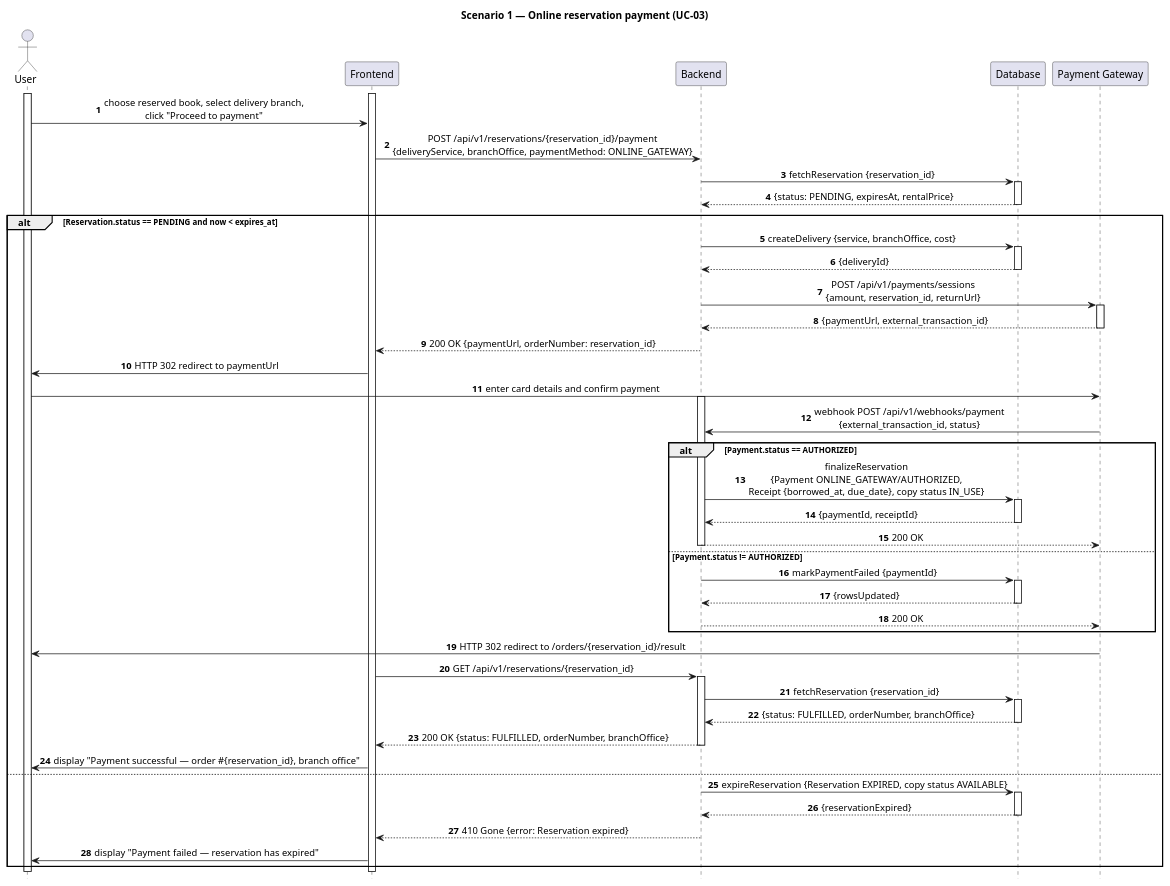
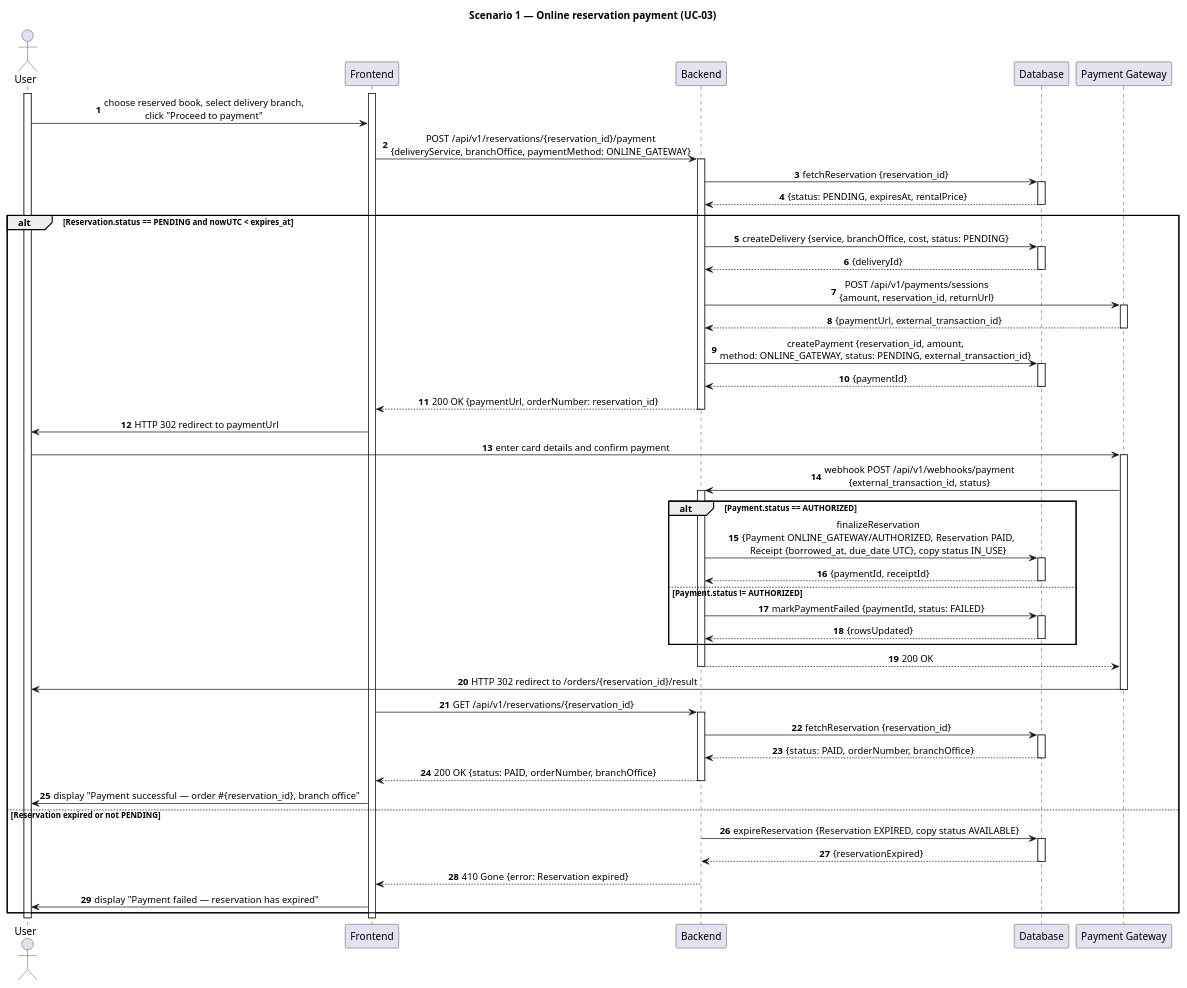
The diagram in Lab3/artifacts/scenario-1.puml (dimpennn/KPI-2), drawn with PlantUML before and after one commit. The commit also changed 3 other files, not shown here.

```diff
--- a/Lab3/artifacts/scenario-1.puml
+++ b/Lab3/artifacts/scenario-1.puml
@@ -1,85 +1,91 @@
 @startuml
 title Scenario 1 — Online reservation payment (UC-03)
 skinparam sequenceMessageAlign center
-hide footbox
 
 actor "User" as User
 participant "Frontend" as Frontend
 participant "Backend" as Backend
 participant "Database" as Database
 participant "Payment Gateway" as Gateway
 
 autonumber
 
 activate User
 activate Frontend
 
 User -> Frontend: choose reserved book, select delivery branch,\nclick "Proceed to payment"
 Frontend -> Backend: POST /api/v1/reservations/{reservation_id}/payment\n{deliveryService, branchOffice, paymentMethod: ONLINE_GATEWAY}
+activate Backend
 
 Backend -> Database: fetchReservation {reservation_id}
 activate Database
 Database --> Backend: {status: PENDING, expiresAt, rentalPrice}
 deactivate Database
 
-alt Reservation.status == PENDING and now < expires_at
-  Backend -> Database: createDelivery {service, branchOffice, cost}
+alt Reservation.status == PENDING and nowUTC < expires_at
+  Backend -> Database: createDelivery {service, branchOffice, cost, status: PENDING}
   activate Database
   Database --> Backend: {deliveryId}
   deactivate Database
 
   Backend -> Gateway: POST /api/v1/payments/sessions\n{amount, reservation_id, returnUrl}
   activate Gateway
   Gateway --> Backend: {paymentUrl, external_transaction_id}
   deactivate Gateway
 
+  Backend -> Database: createPayment {reservation_id, amount,\nmethod: ONLINE_GATEWAY, status: PENDING, external_transaction_id}
+  activate Database
+  Database --> Backend: {paymentId}
+  deactivate Database
+
   Backend --> Frontend: 200 OK {paymentUrl, orderNumber: reservation_id}
   deactivate Backend
 
   Frontend -> User: HTTP 302 redirect to paymentUrl
 
   User -> Gateway: enter card details and confirm payment
+  activate Gateway
+  Gateway -> Backend: webhook POST /api/v1/webhooks/payment\n{external_transaction_id, status}
   activate Backend
-  Gateway -> Backend: webhook POST /api/v1/webhooks/payment\n{external_transaction_id, status}
 
   alt Payment.status == AUTHORIZED
-    Backend -> Database: finalizeReservation\n{Payment ONLINE_GATEWAY/AUTHORIZED,\nReceipt {borrowed_at, due_date}, copy status IN_USE}
+    Backend -> Database: finalizeReservation\n{Payment ONLINE_GATEWAY/AUTHORIZED, Reservation PAID,\nReceipt {borrowed_at, due_date UTC}, copy status IN_USE}
     activate Database
     Database --> Backend: {paymentId, receiptId}
     deactivate Database
-    Backend --> Gateway: 200 OK
-    deactivate Backend
   else Payment.status != AUTHORIZED
-    Backend -> Database: markPaymentFailed {paymentId}
+    Backend -> Database: markPaymentFailed {paymentId, status: FAILED}
     activate Database
     Database --> Backend: {rowsUpdated}
     deactivate Database
-    Backend --> Gateway: 200 OK
-    deactivate Backend
   end
 
+  Backend --> Gateway: 200 OK
+  deactivate Backend
+
   Gateway -> User: HTTP 302 redirect to /orders/{reservation_id}/result
+  deactivate Gateway
 
   Frontend -> Backend: GET /api/v1/reservations/{reservation_id}
   activate Backend
   Backend -> Database: fetchReservation {reservation_id}
   activate Database
-  Database --> Backend: {status: FULFILLED, orderNumber, branchOffice}
+  Database --> Backend: {status: PAID, orderNumber, branchOffice}
   deactivate Database
-  Backend --> Frontend: 200 OK {status: FULFILLED, orderNumber, branchOffice}
+  Backend --> Frontend: 200 OK {status: PAID, orderNumber, branchOffice}
   deactivate Backend
 
   Frontend -> User: display "Payment successful — order #{reservation_id}, branch office"
-else
+else Reservation expired or not PENDING
   Backend -> Database: expireReservation {Reservation EXPIRED, copy status AVAILABLE}
   activate Database
   Database --> Backend: {reservationExpired}
   deactivate Database
   Backend --> Frontend: 410 Gone {error: Reservation expired}
   deactivate Backend
   Frontend -> User: display "Payment failed — reservation has expired"
 end
 
 deactivate Frontend
 deactivate User
 @enduml
```
